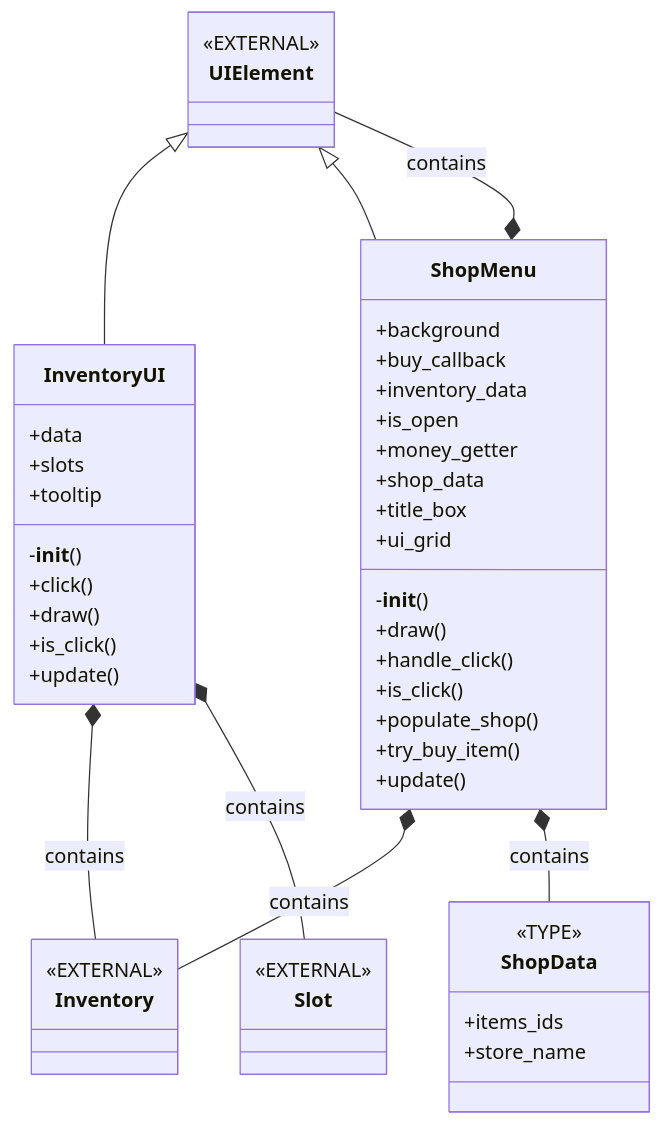
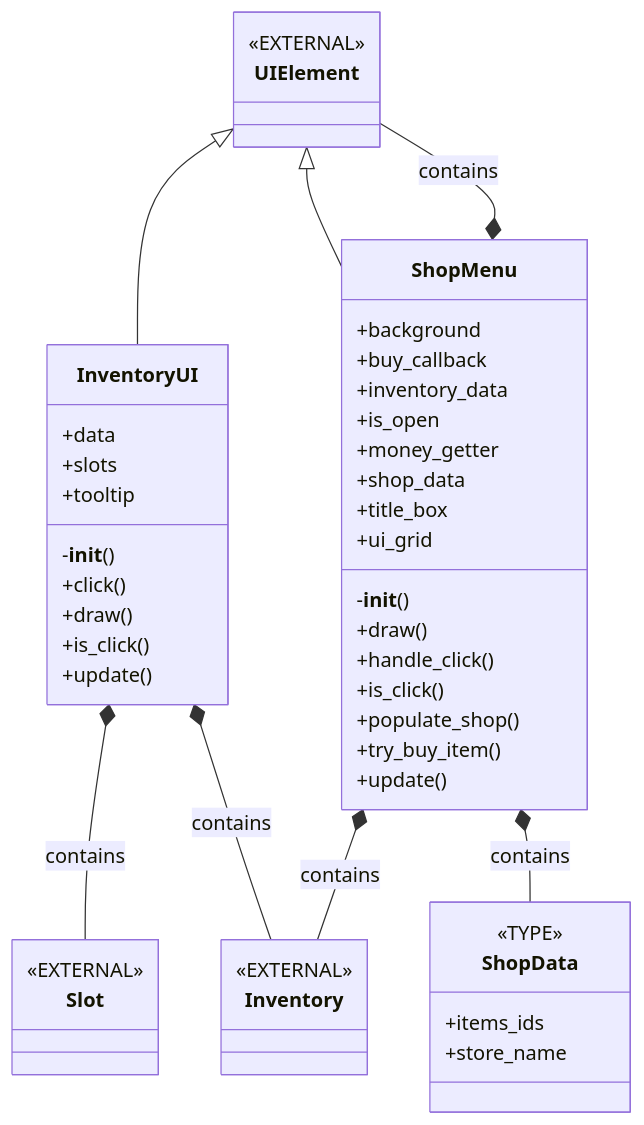
Before and after one commit to FlamboyantKiwi/Python-Plant-Sim: the diagram in uml/inventory_uml.md, drawn with Mermaid. The commit also changed other lines of this file and 16 other files, not shown here.

First line of the commit message:
Add wiki UML generator and refresh UML docs

````diff
--- a/uml/inventory_uml.md
+++ b/uml/inventory_uml.md
@@ -1,51 +1,51 @@
 ```mermaid
 classDiagram
     UIElement <|-- InventoryUI
     UIElement <|-- ShopMenu
+    ShopMenu *-- UIElement : contains
+    InventoryUI *-- Slot : contains
     ShopMenu *-- Inventory : contains
     InventoryUI *-- Inventory : contains
-    InventoryUI *-- Slot : contains
     ShopMenu *-- ShopData : contains
-    ShopMenu *-- UIElement : contains
     class Inventory {
         <<EXTERNAL>>
     }
     class ShopData {
         <<TYPE>>
         +items_ids
         +store_name
     }
     class Slot {
         <<EXTERNAL>>
     }
     class UIElement {
         <<EXTERNAL>>
     }
     class InventoryUI {
         +data
         +slots
         +tooltip
         -__init__()
         +click()
         +draw()
         +is_click()
         +update()
     }
     class ShopMenu {
         +background
         +buy_callback
         +inventory_data
         +is_open
         +money_getter
         +shop_data
         +title_box
         +ui_grid
         -__init__()
         +draw()
         +handle_click()
         +is_click()
         +populate_shop()
         +try_buy_item()
         +update()
     }
 ```
````
